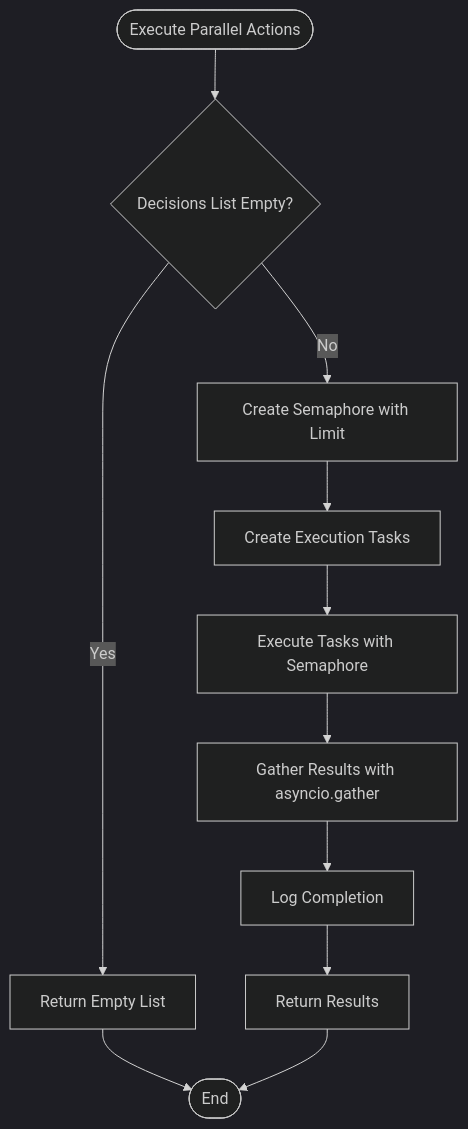
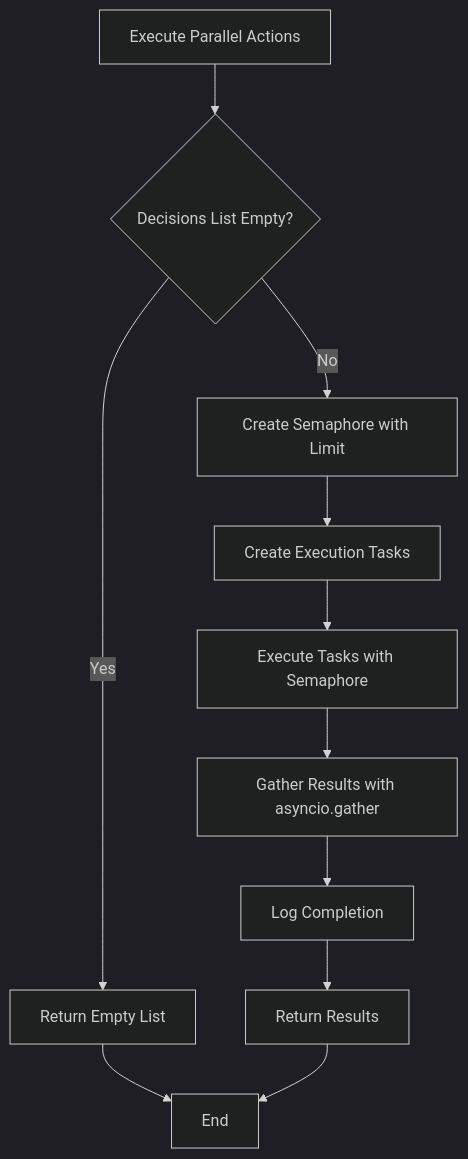
Before and after one commit to Likhithsai2580/RAVANA-WIKI: the fourth of 4 diagrams in docs/API Reference/Multi-modal Service API.md, drawn with Mermaid (dark theme). The commit also changed other lines of this file and 52 other files, not shown here.

First line of the commit message:
chore(docs): update documentation content, fix Mermaid diagrams, and enhance README

````diff
--- a/docs/API Reference/Multi-modal Service API.md
+++ b/docs/API Reference/Multi-modal Service API.md
@@ -398,13 +398,13 @@
 ```mermaid
 flowchart TD
-Start([Execute Parallel Actions]) --> CheckEmpty{"Decisions List Empty?"}
+Start["Execute Parallel Actions"] --> CheckEmpty{"Decisions List Empty?"}
 CheckEmpty --> |Yes| ReturnEmpty[Return Empty List]
 CheckEmpty --> |No| CreateSemaphore[Create Semaphore with Limit]
 CreateSemaphore --> CreateTasks[Create Execution Tasks]
 CreateTasks --> ExecuteTasks[Execute Tasks with Semaphore]
 ExecuteTasks --> GatherResults[Gather Results with asyncio.gather]
 GatherResults --> LogCompletion[Log Completion]
 LogCompletion --> ReturnResults[Return Results]
-ReturnEmpty --> End([End])
+ReturnEmpty --> End["End"]
 ReturnResults --> End
 ```
````
